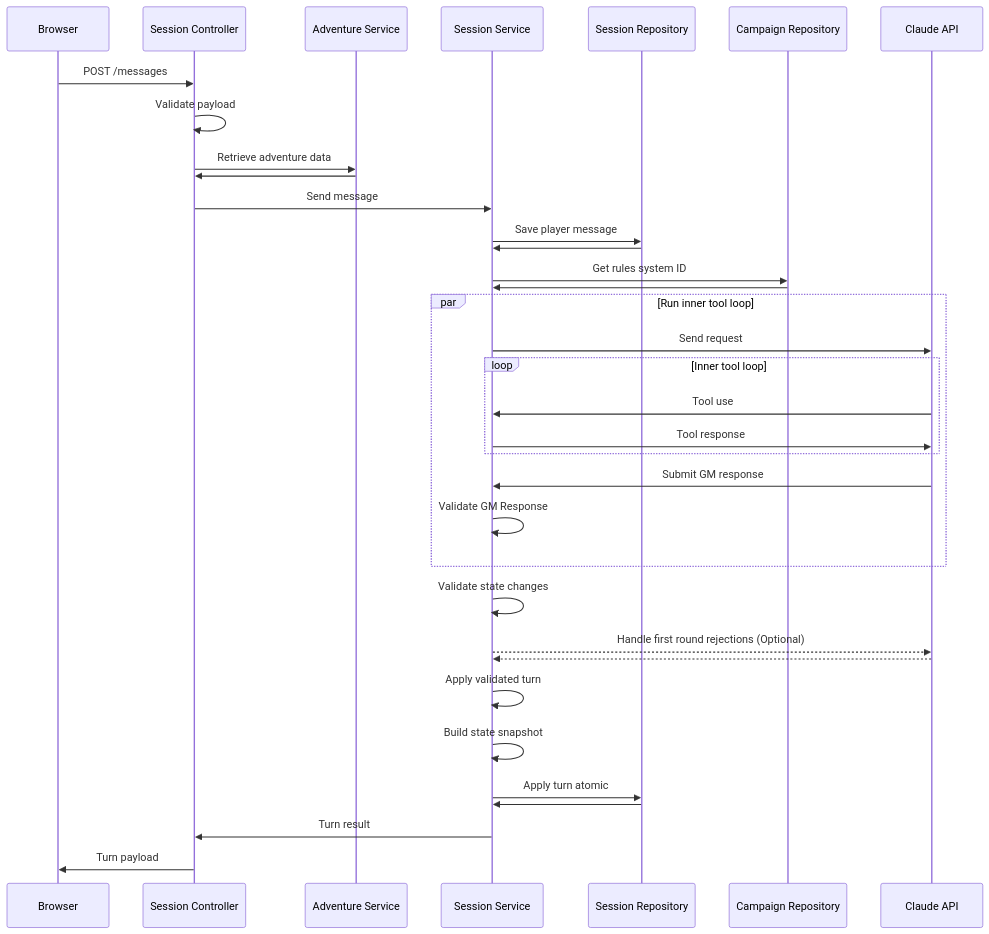
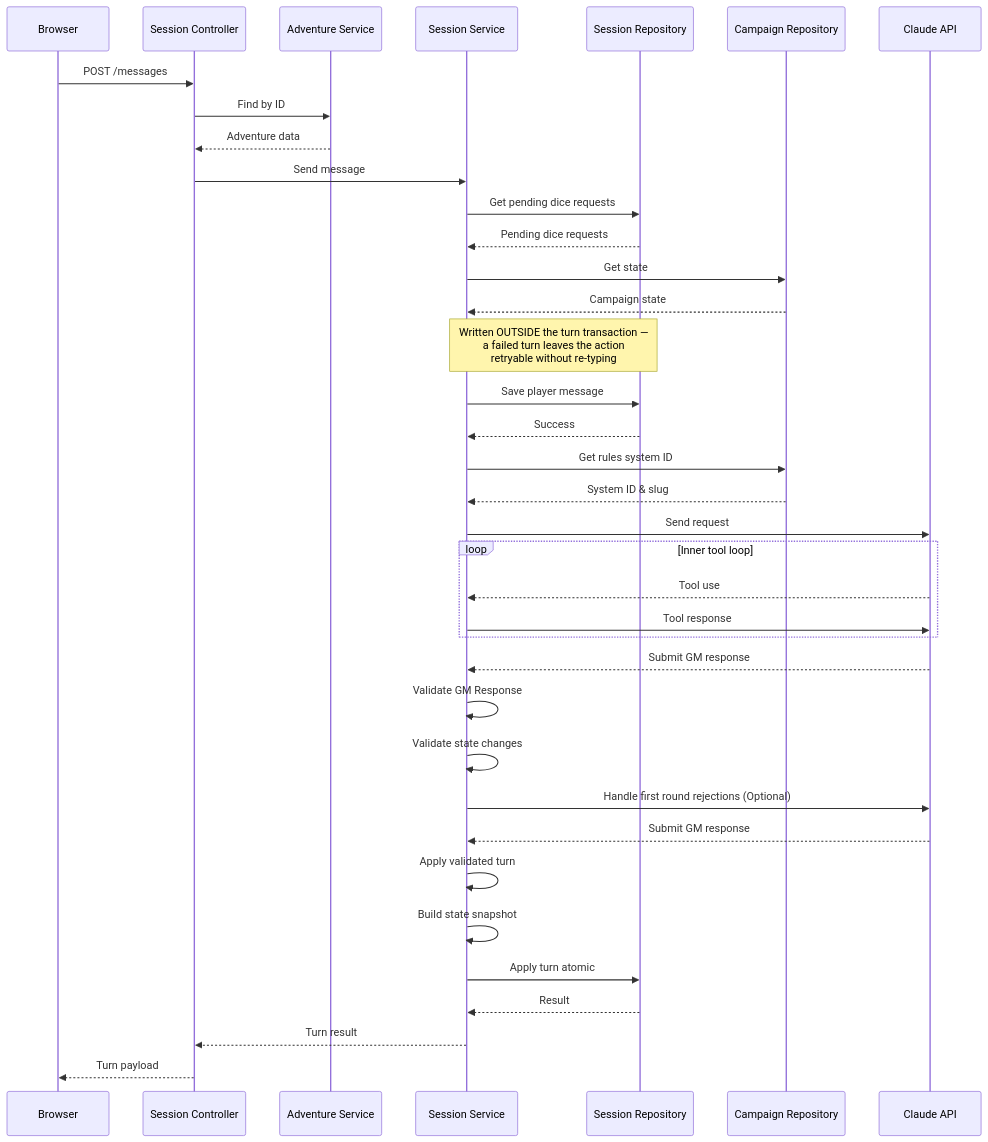
One commit to automata-codex/unicorn changed the diagram in docs/zoltar-request-happy-path.mermaid. Above: the diagram before and after it, drawn with Mermaid.

Commit message:
Update sequence diagram

```diff
--- a/docs/zoltar-request-happy-path.mermaid
+++ b/docs/zoltar-request-happy-path.mermaid
@@ -1,39 +1,44 @@
 sequenceDiagram
     participant Browser
     participant SeshCon as Session Controller
     participant AdvSvc as Adventure Service
     participant SeshSvc as Session Service
     participant SeshRepo as Session Repository
     participant CamRepo as Campaign Repository
     participant Claude as Claude API
 
     Browser->>SeshCon:POST /messages
-    SeshCon->>SeshCon:Validate payload
-    SeshCon->>AdvSvc:Retrieve adventure data
-    AdvSvc->>SeshCon:
+    SeshCon->>AdvSvc:Find by ID
+    AdvSvc-->>SeshCon:Adventure data
     SeshCon->>SeshSvc:Send message
+
+    SeshSvc->>SeshRepo:Get pending dice requests
+    SeshRepo-->>SeshSvc:Pending dice requests
+
+    SeshSvc->>CamRepo:Get state
+    CamRepo-->>SeshSvc:Campaign state
+
+    Note over SeshSvc,SeshRepo: Written OUTSIDE the turn transaction —<br/>a failed turn leaves the action<br/>retryable without re-typing
     SeshSvc->>SeshRepo:Save player message
-    SeshRepo->>SeshSvc:
+    SeshRepo-->>SeshSvc:Success
     SeshSvc->>CamRepo:Get rules system ID
-    CamRepo->>SeshSvc:
+    CamRepo-->>SeshSvc:System ID & slug
 
-    par Run inner tool loop
-        SeshSvc->>Claude:Send request
-        loop Inner tool loop
-            Claude->>SeshSvc:Tool use
-            SeshSvc->>Claude:Tool response
-        end
-        Claude->>SeshSvc:Submit GM response
-        SeshSvc->>SeshSvc:Validate GM Response
+    SeshSvc->>Claude:Send request
+    loop Inner tool loop
+        Claude-->>SeshSvc:Tool use
+        SeshSvc->>Claude:Tool response
     end
+    Claude-->>SeshSvc:Submit GM response
+    SeshSvc->>SeshSvc:Validate GM Response
 
     SeshSvc->>SeshSvc:Validate state changes
-    SeshSvc-->>Claude:Handle first round rejections (Optional)
-    Claude-->>SeshSvc:
+    SeshSvc->>Claude:Handle first round rejections (Optional)
+    Claude-->>SeshSvc:Submit GM response
     SeshSvc->>SeshSvc:Apply validated turn
     SeshSvc->>SeshSvc:Build state snapshot
     SeshSvc->>SeshRepo:Apply turn atomic
-    SeshRepo->>SeshSvc:
+    SeshRepo-->>SeshSvc:Result
 
-    SeshSvc->>SeshCon:Turn result
-    SeshCon->>Browser:Turn payload
+    SeshSvc-->>SeshCon:Turn result
+    SeshCon-->>Browser:Turn payload
```
